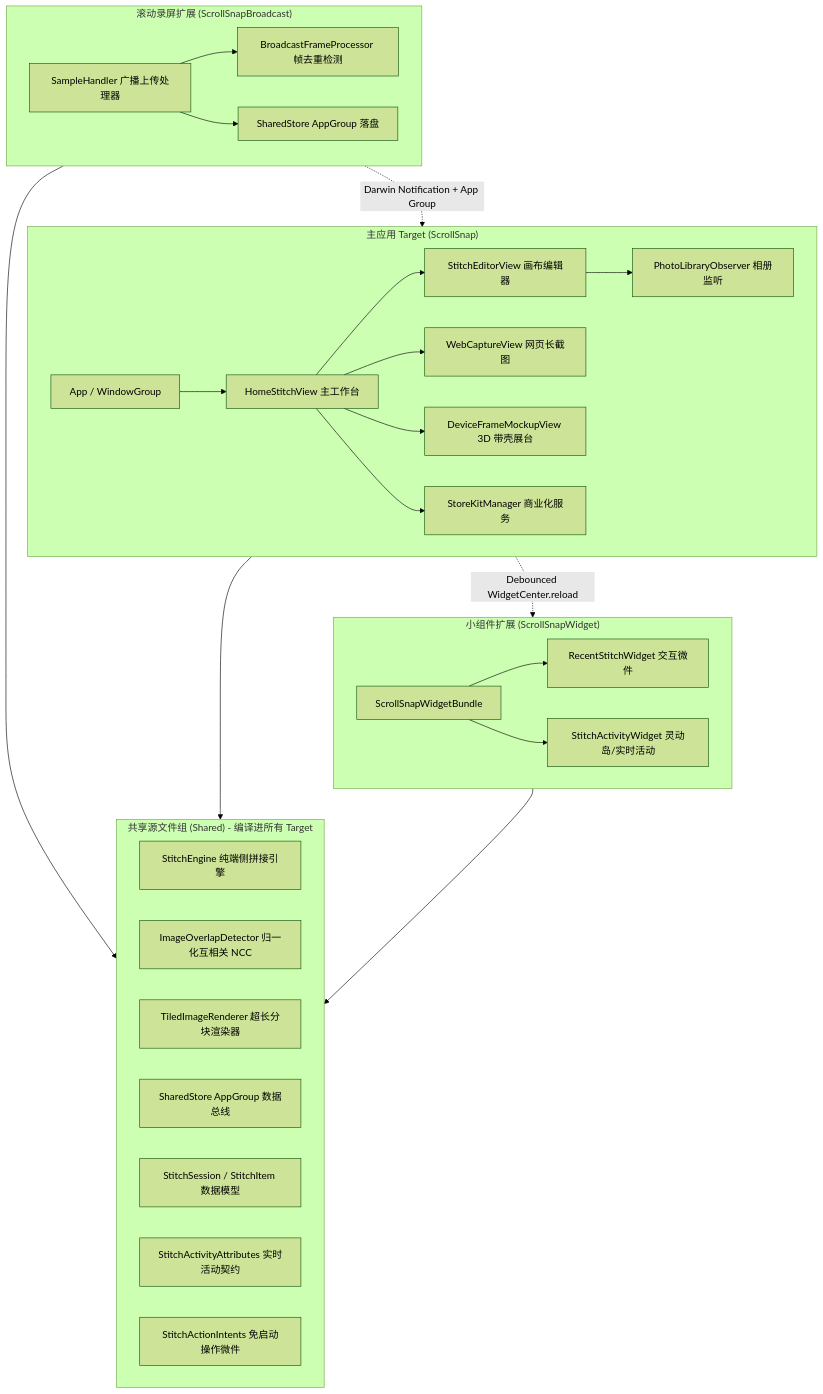
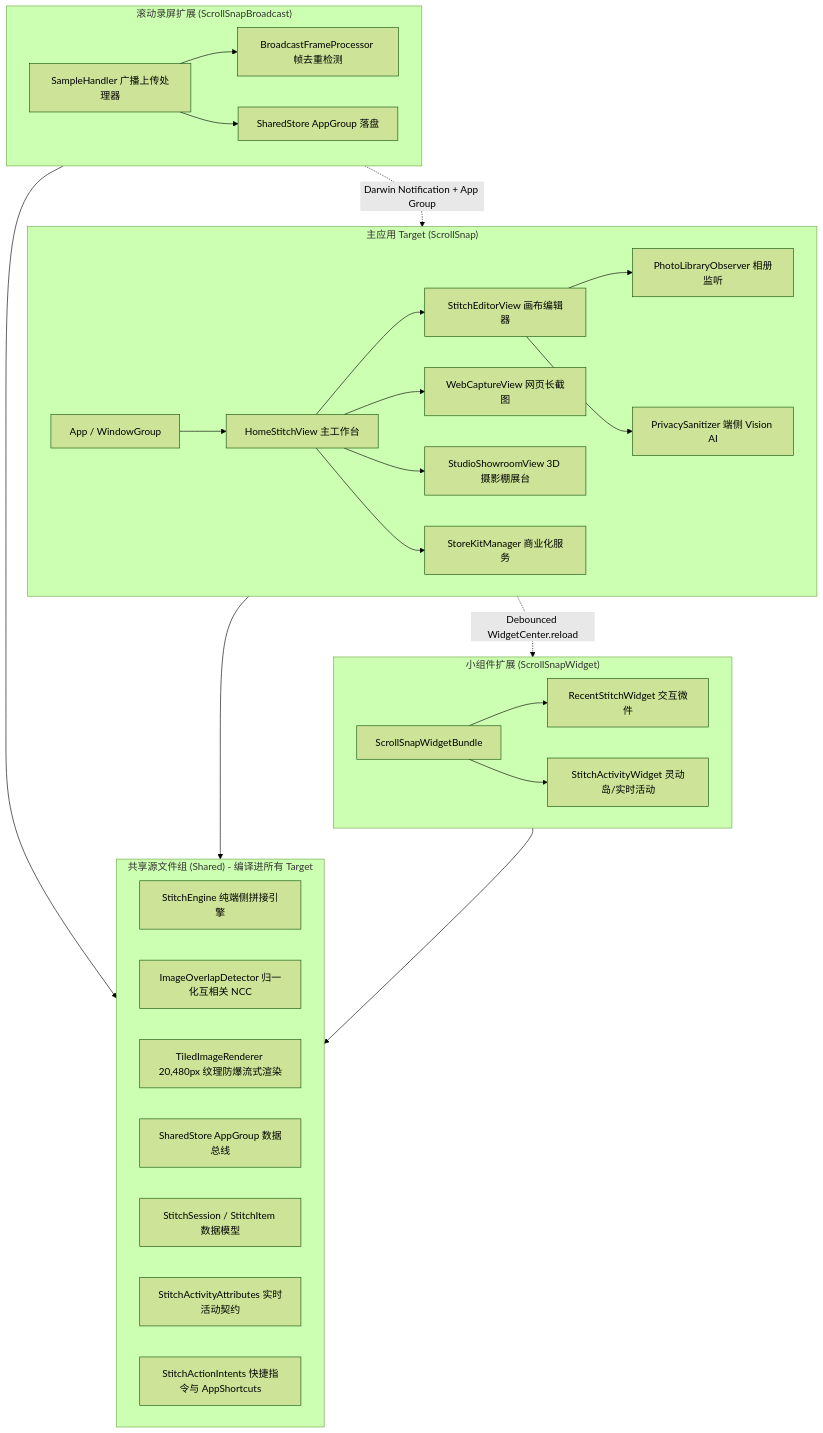
The diagram in README.md (939243423/ScrollSnap), drawn with Mermaid (forest theme) before and after one commit. The commit also changed other lines of this file and 3 other files, not shown here.

Commit message:
feat(engine): add movie subtitles handling in StitchEngine, 20480px memory guard in TiledImageRenderer, StoreKit local config, and rich README

````diff
--- a/README.md
+++ b/README.md
@@ -13,39 +45,40 @@
 ```mermaid
 graph TD
     subgraph MainAppTarget ["主应用 Target (ScrollSnap)"]
         M1[App / WindowGroup] --> M2[HomeStitchView 主工作台]
         M2 --> M3[StitchEditorView 画布编辑器]
         M2 --> M4[WebCaptureView 网页长截图]
-        M2 --> M5[DeviceFrameMockupView 3D 带壳展台]
+        M2 --> M5[StudioShowroomView 3D 摄影棚展台]
         M2 --> M6[StoreKitManager 商业化服务]
         M3 --> M7[PhotoLibraryObserver 相册监听]
+        M3 --> M8[PrivacySanitizer 端侧 Vision AI]
     end
 
     subgraph BroadcastTarget ["滚动录屏扩展 (ScrollSnapBroadcast)"]
         B1[SampleHandler 广播上传处理器]
         B1 --> B2[BroadcastFrameProcessor 帧去重检测]
         B1 --> B3[SharedStore AppGroup 落盘]
     end
 
     subgraph WidgetTarget ["小组件扩展 (ScrollSnapWidget)"]
         W1[ScrollSnapWidgetBundle]
         W1 --> W2[RecentStitchWidget 交互微件]
         W1 --> W3[StitchActivityWidget 灵动岛/实时活动]
     end
 
     subgraph SharedGroup ["共享源文件组 (Shared) - 编译进所有 Target"]
         S1[StitchEngine 纯端侧拼接引擎]
         S2[ImageOverlapDetector 归一化互相关 NCC]
-        S3[TiledImageRenderer 超长分块渲染器]
+        S3[TiledImageRenderer 20,480px 纹理防爆流式渲染]
         S4[SharedStore AppGroup 数据总线]
         S5[StitchSession / StitchItem 数据模型]
         S6[StitchActivityAttributes 实时活动契约]
-        S7[StitchActionIntents 免启动操作微件]
+        S7[StitchActionIntents 快捷指令与 AppShortcuts]
     end
 
     MainAppTarget --> SharedGroup
     BroadcastTarget --> SharedGroup
     WidgetTarget --> SharedGroup
     BroadcastTarget -.->|Darwin Notification + App Group| MainAppTarget
     MainAppTarget -.->|Debounced WidgetCenter.reload| WidgetTarget
 ```
````
